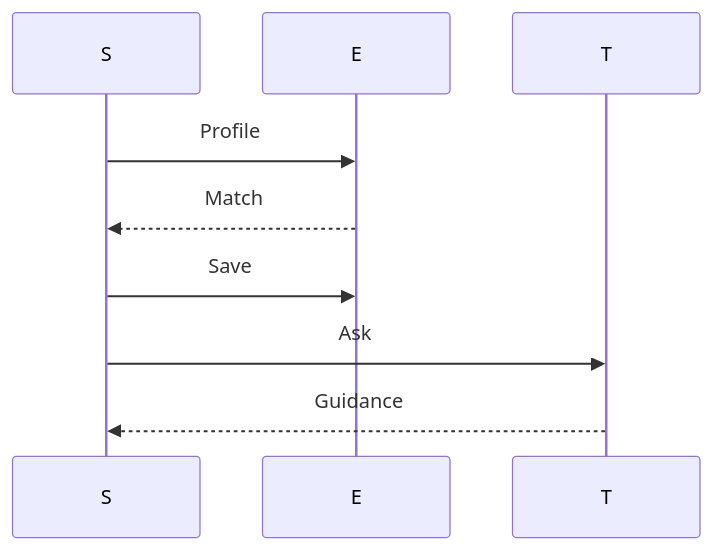
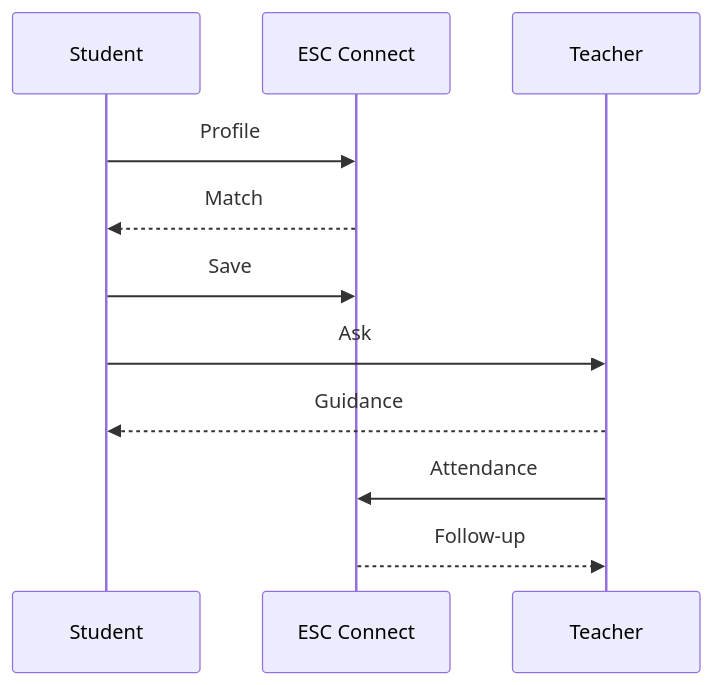
Before and after one commit to mahik2007/hackathon: the fourth of 17 diagrams in README.md, drawn with Mermaid. The commit also changed other lines of this file, not shown here.

First line of the commit message:
Revise README structure and enhance diagrams

````diff
--- a/README.md
+++ b/README.md
@@ -56,8 +68,13 @@
 ```mermaid
 sequenceDiagram
-S->>E: Profile
-E-->>S: Match
-S->>E: Save
-S->>T: Ask
-T-->>S: Guidance
+    participant P as Student
+    participant E as ESC Connect
+    participant T as Teacher
+    P->>E: Profile
+    E-->>P: Match
+    P->>E: Save
+    P->>T: Ask
+    T-->>P: Guidance
+    T->>E: Attendance
+    E-->>T: Follow-up
 ```
````
